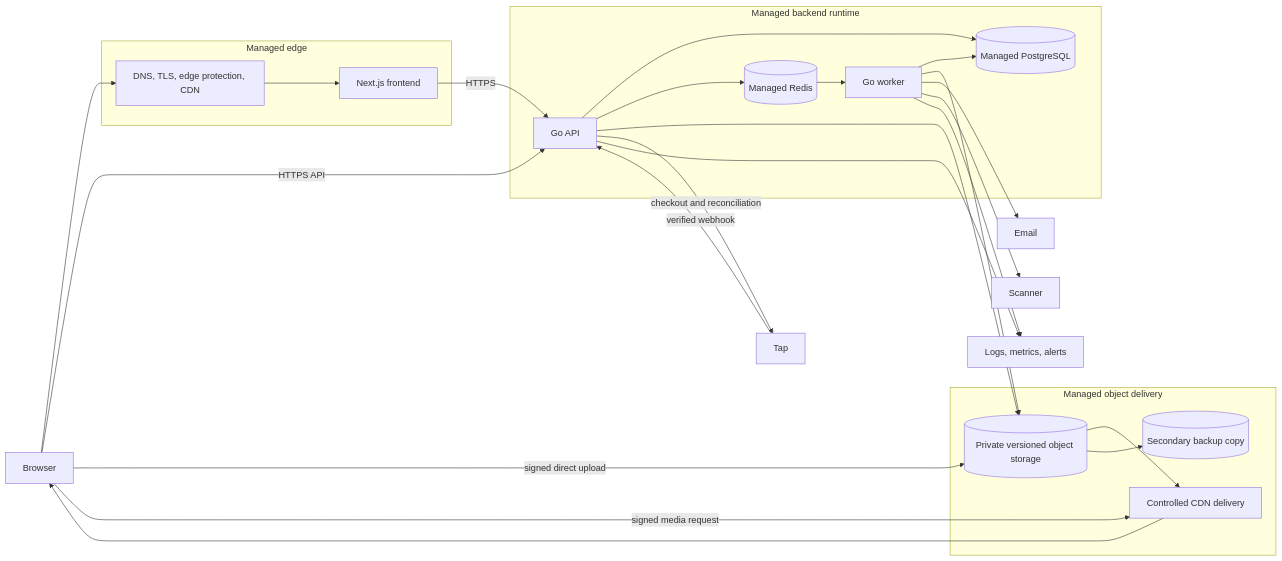
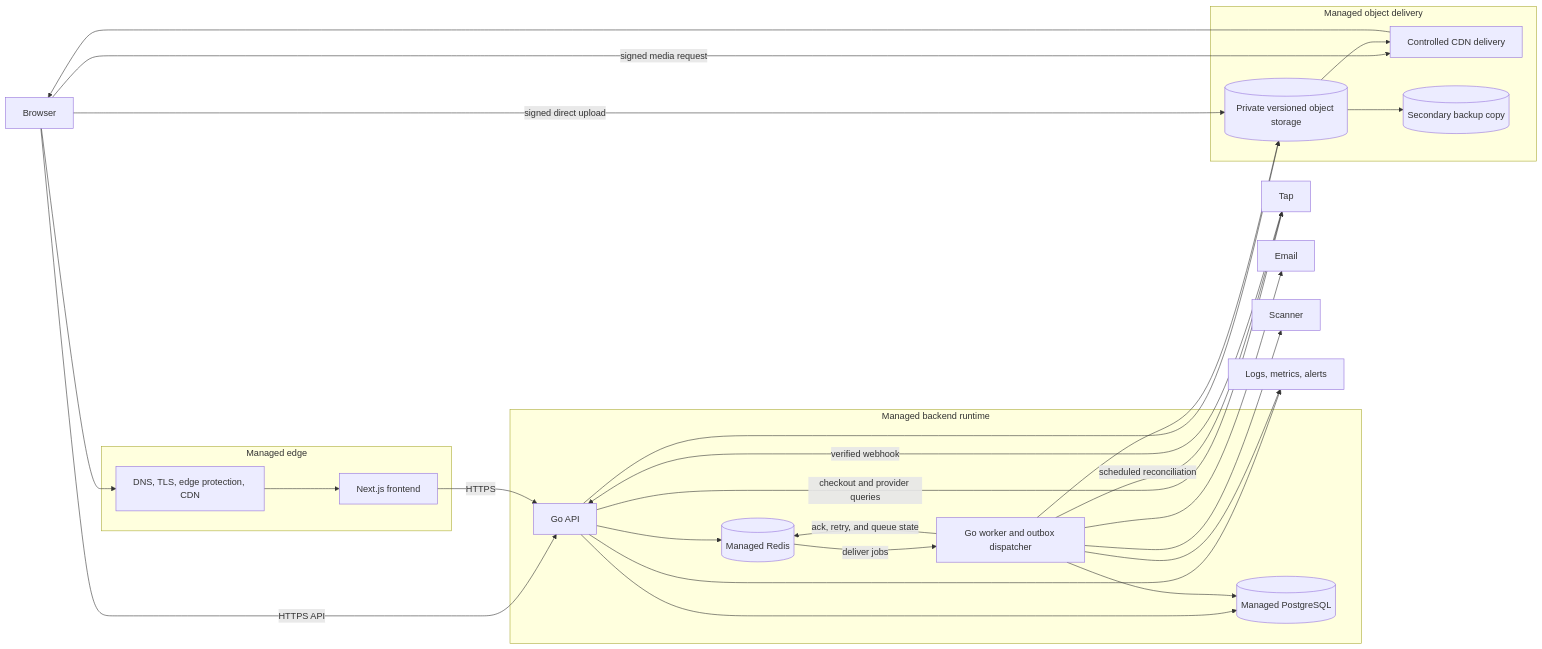
Before and after one commit to Owlah2025/gradex: the third of 3 diagrams in docs/superpowers/specs/2026-07-25-platform-architecture-design.md, drawn with Mermaid. The commit also changed other lines of this file and 2 other files, not shown here.

Commit message:
docs: resolve architecture review findings

````diff
--- a/docs/superpowers/specs/2026-07-25-platform-architecture-design.md
+++ b/docs/superpowers/specs/2026-07-25-platform-architecture-design.md
@@ -241,50 +264,52 @@
 ```mermaid
 flowchart LR
     Browser[Browser]
 
     subgraph Edge[Managed edge]
         Shield[DNS, TLS, edge protection, CDN]
         Frontend[Next.js frontend]
     end
 
     subgraph Backend[Managed backend runtime]
         API[Go API]
-        Worker[Go worker]
+        Worker[Go worker and outbox dispatcher]
         DB[(Managed PostgreSQL)]
         Redis[(Managed Redis)]
     end
 
     subgraph Objects[Managed object delivery]
         Store[(Private versioned object storage)]
         CDN[Controlled CDN delivery]
         Backup[(Secondary backup copy)]
     end
 
     Tap[Tap]
     Email[Email]
     Scanner[Scanner]
     Observe[Logs, metrics, alerts]
 
     Browser --> Shield
     Shield --> Frontend
     Browser -->|HTTPS API| API
     Frontend -->|HTTPS| API
     Browser -->|signed direct upload| Store
     Browser -->|signed media request| CDN
     CDN --> Browser
 
     API --> DB
     API --> Redis
     API --> Store
-    API -->|checkout and reconciliation| Tap
+    API -->|checkout and provider queries| Tap
     Tap -->|verified webhook| API
-    Redis --> Worker
+    Redis -->|deliver jobs| Worker
+    Worker -->|ack, retry, and queue state| Redis
     Worker --> DB
     Worker --> Store
+    Worker -->|scheduled reconciliation| Tap
     Worker --> Email
     Worker --> Scanner
     Store --> CDN
     Store --> Backup
     API --> Observe
     Worker --> Observe
 ```
````
